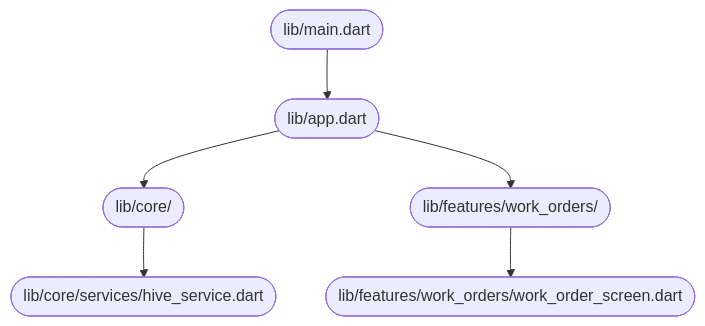
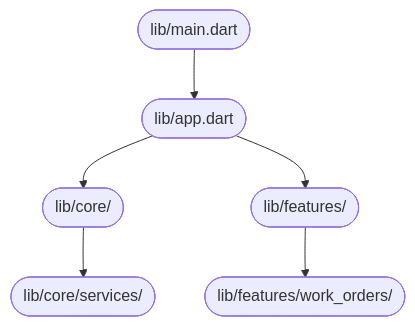
One commit to jahnavi783/fsm changed the diagram in DOCUMENTATION.md. Above: the diagram before and after it, drawn with Mermaid. The commit also changed other lines of this file, not shown here.

````diff
--- a/DOCUMENTATION.md
+++ b/DOCUMENTATION.md
@@ -37,8 +35,8 @@
 ```mermaid
 flowchart TD
     A([lib/main.dart]) --> B([lib/app.dart])
     B --> C([lib/core/])
-    B --> D([lib/features/work_orders/])
-    C --> E([lib/core/services/hive_service.dart])
-    D --> F([lib/features/work_orders/work_order_screen.dart])
+    B --> D([lib/features/])
+    C --> E([lib/core/services/])
+    D --> F([lib/features/work_orders/])
 ```
````
